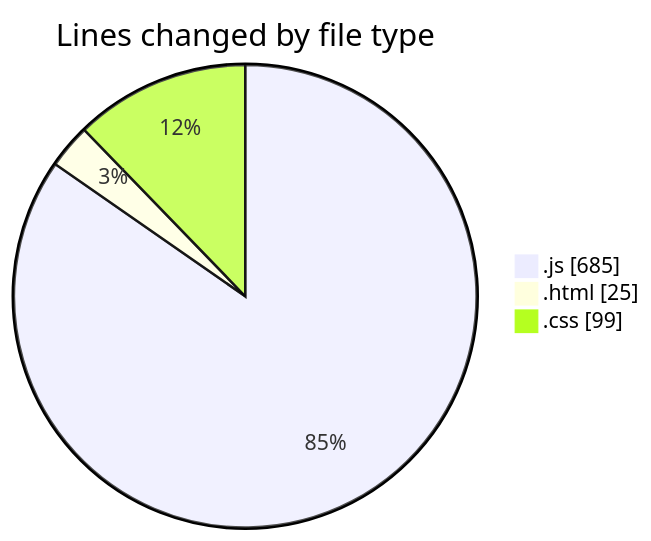
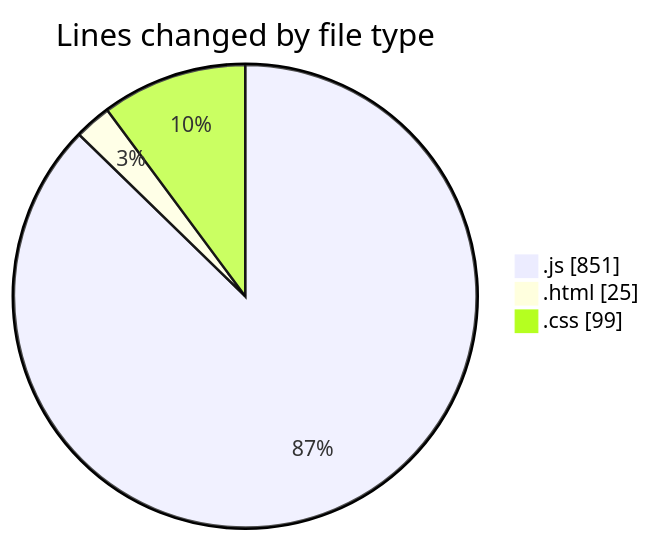
Before and after one commit to Ritupan-Deka/code-tracking: the first of 2 diagrams in 2025-01-19/typing_game/README.md, drawn with Mermaid. The commit also changed other lines of this file and 1 other file, not shown here.

````diff
--- a/2025-01-19/typing_game/README.md
+++ b/2025-01-19/typing_game/README.md
@@ -22,7 +22,7 @@
 ```mermaid
 pie showData
 title Lines changed by file type
-".js" : 685
+".js" : 851
 ".html" : 25
 ".css" : 99
 ```
````
